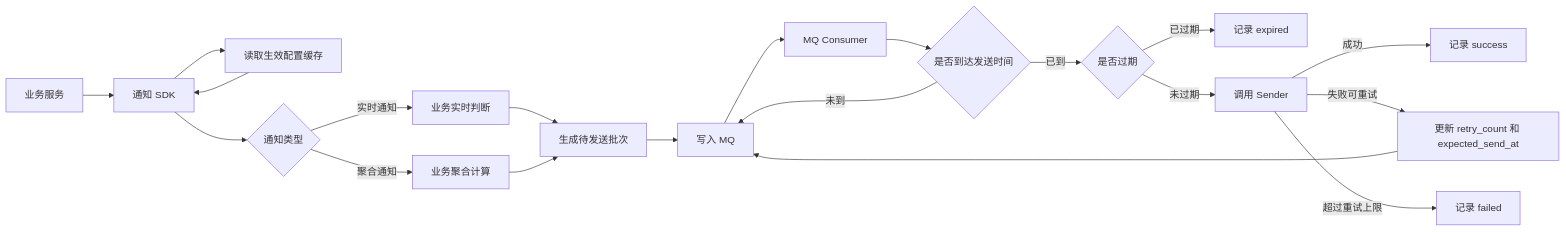
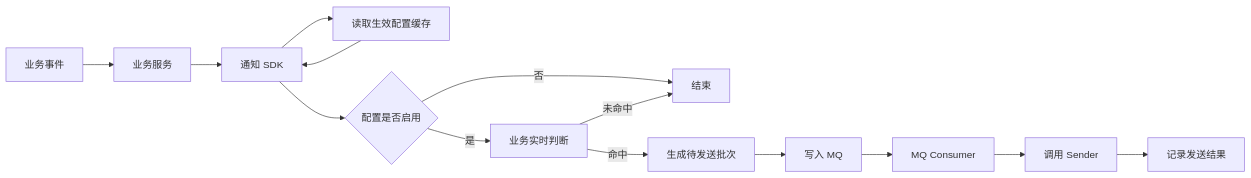
Before and after one commit to zongqir/work: the first of 3 diagrams in AES通知执行层总体评审方案.md, drawn with Mermaid. The commit also changed other lines of this file and 1 other file, not shown here.

````diff
--- a/AES通知执行层总体评审方案.md
+++ b/AES通知执行层总体评审方案.md
@@ -125,22 +128,16 @@
 ```mermaid
 flowchart LR
-    A[业务服务] --> B[通知 SDK]
-    B --> C[读取生效配置缓存]
-    C --> B
-    B --> D{通知类型}
-    D -->|实时通知| E[业务实时判断]
-    D -->|聚合通知| F[业务聚合计算]
-    E --> G[生成待发送批次]
-    F --> G
-    G --> H[写入 MQ]
-    H --> I[MQ Consumer]
-    I --> J{是否到达发送时间}
-    J -->|未到| H
-    J -->|已到| K{是否过期}
-    K -->|已过期| L[记录 expired]
-    K -->|未过期| M[调用 Sender]
-    M -->|成功| N[记录 success]
-    M -->|失败可重试| O[更新 retry_count 和 expected_send_at]
-    O --> H
-    M -->|超过重试上限| P[记录 failed]
+    A[业务事件] --> B[业务服务]
+    B --> C[通知 SDK]
+    C --> D[读取生效配置缓存]
+    D --> C
+    C --> E{配置是否启用}
+    E -->|否| F[结束]
+    E -->|是| G[业务实时判断]
+    G -->|未命中| F
+    G -->|命中| H[生成待发送批次]
+    H --> I[写入 MQ]
+    I --> J[MQ Consumer]
+    J --> K[调用 Sender]
+    K --> L[记录发送结果]
 ```
````
